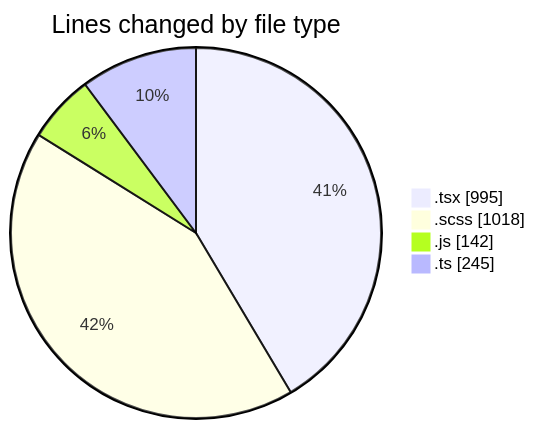
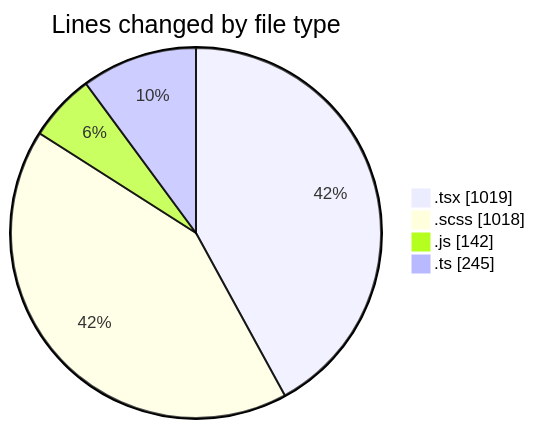
One commit to momahboobian/code-tracking changed the first of 2 diagrams in 2026-03-25/cda/README.md. Above: the diagram before and after it, drawn with Mermaid. The commit also changed other lines of this file and 1 other file, not shown here.

````diff
--- a/2026-03-25/cda/README.md
+++ b/2026-03-25/cda/README.md
@@ -23,8 +23,8 @@
 ```mermaid
 pie showData
 title Lines changed by file type
-".tsx" : 995
+".tsx" : 1019
 ".scss" : 1018
 ".js" : 142
 ".ts" : 245
 ```
````
